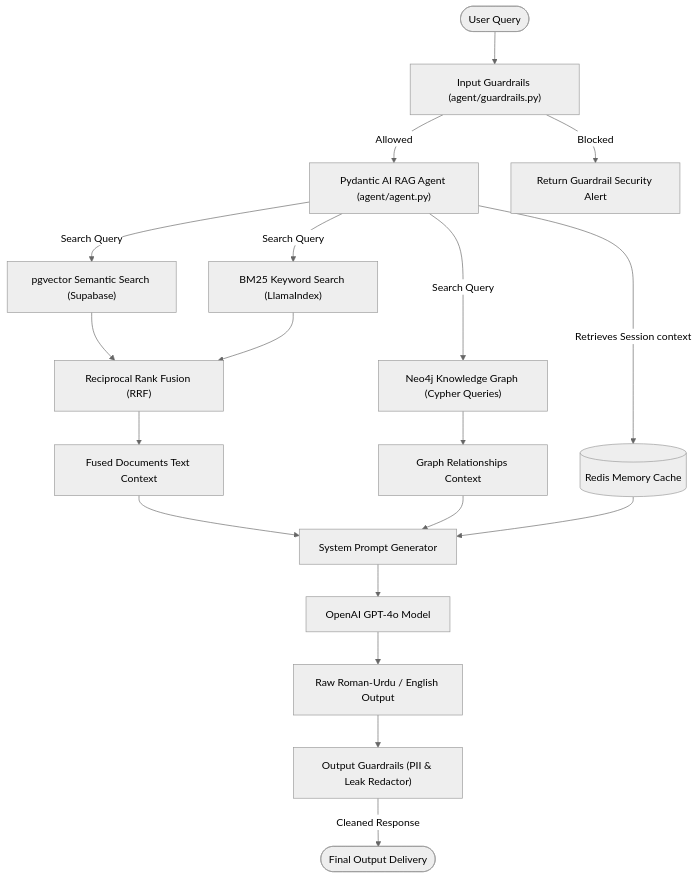
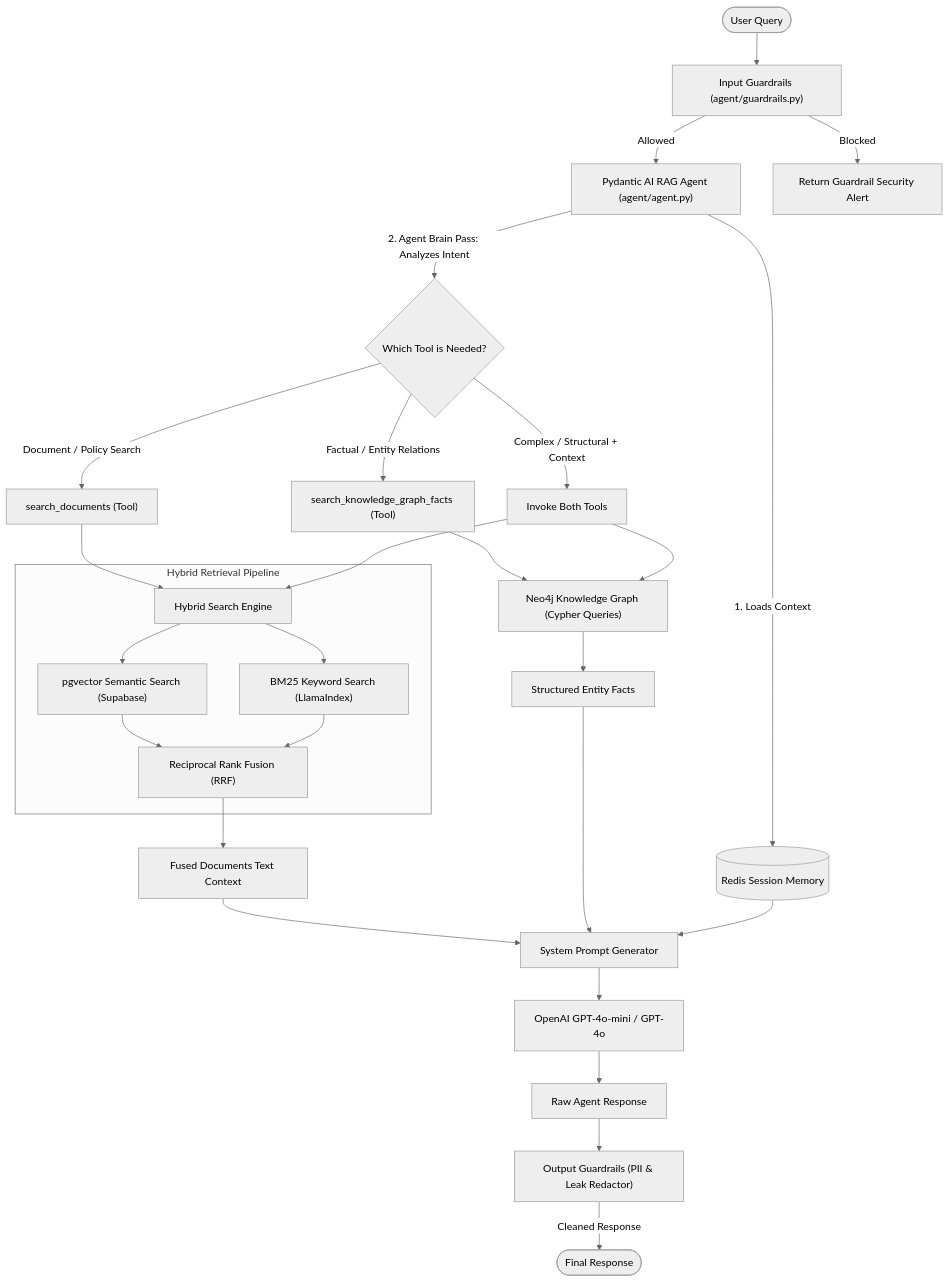
The first of 5 diagrams in README.md (HasnainMuavia1/WA-Graph-RAG-BACKEND), drawn with Mermaid (neutral theme) before and after one commit.

Commit message:
docs: show Agent Brain Pass intent routing in RAG flowchart

````diff
--- a/README.md
+++ b/README.md
@@ -26,26 +26,45 @@
 ```mermaid
 graph TD
     User([User Query]) --> IG["Input Guardrails (agent/guardrails.py)"]
     IG -->|Allowed| Agent["Pydantic AI RAG Agent (agent/agent.py)"]
     IG -->|Blocked| BlockedMsg["Return Guardrail Security Alert"]
     
-    Agent -->|Retrieves Session context| Memory[(Redis Memory Cache)]
-    Agent -->|Search Query| VectorSearch["pgvector Semantic Search (Supabase)"]
-    Agent -->|Search Query| BM25Search["BM25 Keyword Search (LlamaIndex)"]
-    Agent -->|Search Query| Neo4jSearch["Neo4j Knowledge Graph (Cypher Queries)"]
+    Agent -->|1. Loads Context| Memory[(Redis Session Memory)]
     
-    VectorSearch --> RERANK["Reciprocal Rank Fusion (RRF)"]
-    BM25Search --> RERANK
+    %% Agent Brain Pass / Tool Decision
+    Agent -->|2. Agent Brain Pass: Analyzes Intent| ToolRouter{Which Tool is Needed?}
     
-    RERANK --> FusedContext["Fused Documents Text Context"]
-    Neo4jSearch --> GraphContext["Graph Relationships Context"]
+    %% Tool Routing
+    ToolRouter -->|Factual / Entity Relations| GraphTool["search_knowledge_graph_facts (Tool)"]
+    ToolRouter -->|Document / Policy Search| DocTool["search_documents (Tool)"]
+    ToolRouter -->|Complex / Structural + Context| Both["Invoke Both Tools"]
     
-    FusedContext --> PromptBuilder["System Prompt Generator"]
+    %% Graph Tool execution
+    GraphTool --> Neo4jSearch["Neo4j Knowledge Graph (Cypher Queries)"]
+    
+    %% Doc Tool execution
+    DocTool --> HybridSearch["Hybrid Search Engine"]
+    Both --> Neo4jSearch
+    Both --> HybridSearch
+    
+    %% Hybrid Search Breakdown
+    subgraph Hybrid Retrieval Pipeline
+        HybridSearch --> VectorSearch["pgvector Semantic Search (Supabase)"]
+        HybridSearch --> BM25Search["BM25 Keyword Search (LlamaIndex)"]
+        VectorSearch --> RERANK["Reciprocal Rank Fusion (RRF)"]
+        BM25Search --> RERANK
+    end
+    
+    %% Context synthesis
+    RERANK --> FusedDocContext["Fused Documents Text Context"]
+    Neo4jSearch --> GraphContext["Structured Entity Facts"]
+    
+    FusedDocContext --> PromptBuilder["System Prompt Generator"]
     GraphContext --> PromptBuilder
     Memory --> PromptBuilder
     
-    PromptBuilder --> LLM["OpenAI GPT-4o Model"]
-    LLM --> RawOutput["Raw Roman-Urdu / English Output"]
+    PromptBuilder --> LLM["OpenAI GPT-4o-mini / GPT-4o"]
+    LLM --> RawOutput["Raw Agent Response"]
     RawOutput --> OG["Output Guardrails (PII & Leak Redactor)"]
-    OG -->|Cleaned Response| UserResponse([Final Output Delivery])
+    OG -->|Cleaned Response| UserResponse([Final Response])
 ```
````
